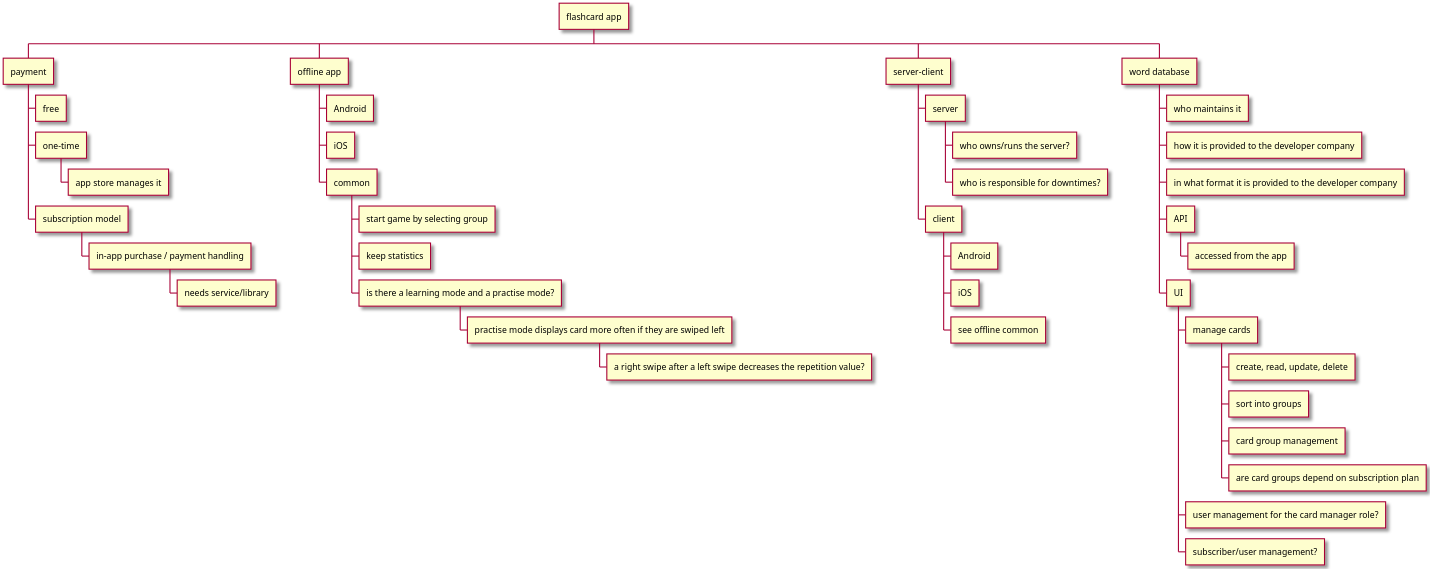
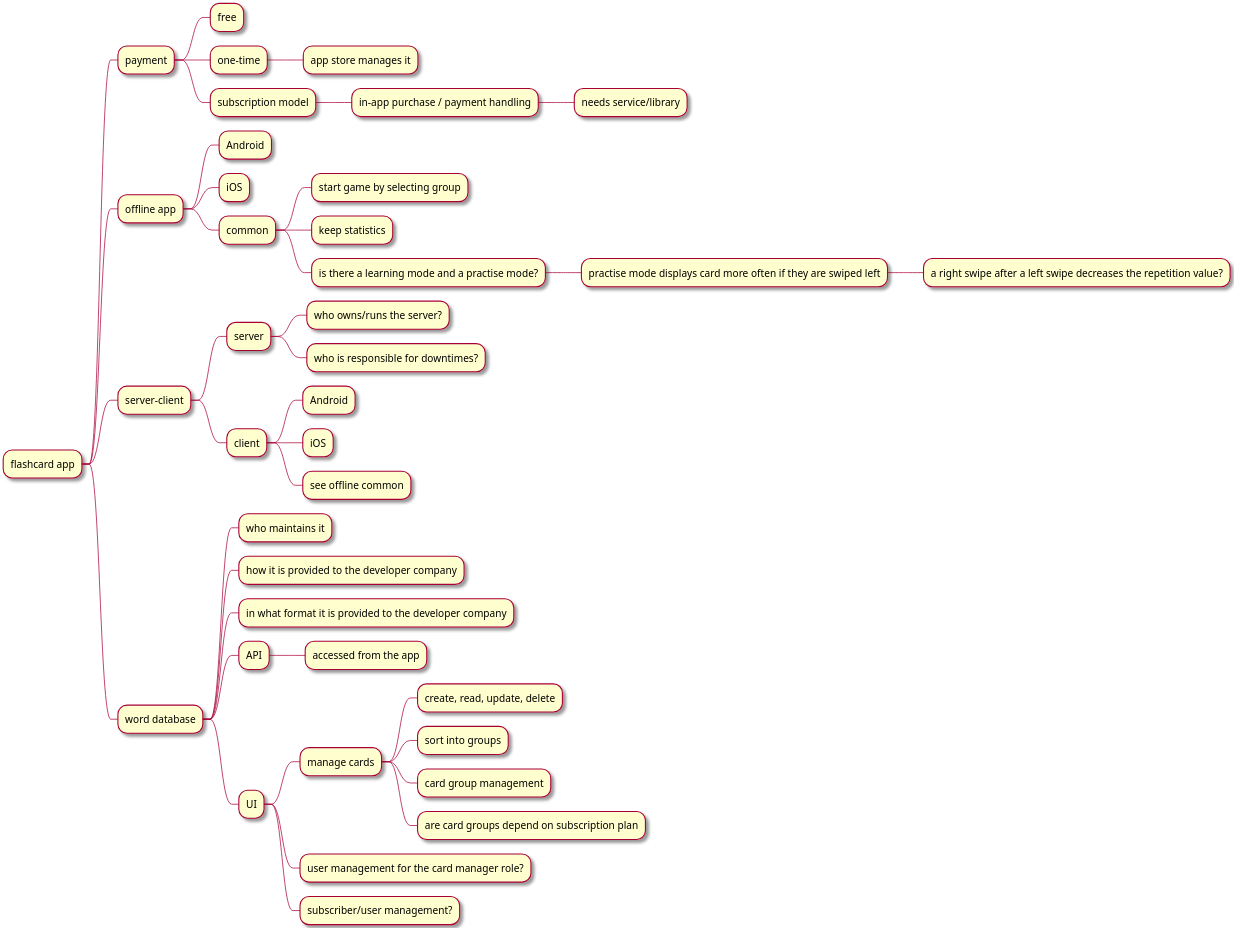
Before and after one commit to pintergreg/software-engineering: the diagram in practicals/ra.puml, drawn with PlantUML.

Commit message:
Use mindmap type

```diff
--- a/practicals/ra.puml
+++ b/practicals/ra.puml
@@ -1,44 +1,44 @@
-@startwbs
+@startmindmap
 scale 2
 skin rose
 
 + flashcard app
 ++ payment
 +++ free
 +++ one-time
 ++++ app store manages it
 +++ subscription model
 ++++ in-app purchase / payment handling
 +++++ needs service/library
 ++ offline app
 +++ Android
 +++ iOS
 +++ common
 ++++ start game by selecting group
 ++++ keep statistics
 ++++ is there a learning mode and a practise mode?
 +++++ practise mode displays card more often if they are swiped left
 ++++++ a right swipe after a left swipe decreases the repetition value?
 ++ server-client
 +++ server
 ++++ who owns/runs the server?
 ++++ who is responsible for downtimes?
 +++ client
 ++++ Android
 ++++ iOS
 ++++ see offline common
 ++ word database
 +++ who maintains it
 +++ how it is provided to the developer company
 +++ in what format it is provided to the developer company
 +++ API
 ++++ accessed from the app
 +++ UI
 ++++ manage cards
 +++++ create, read, update, delete
 +++++ sort into groups
 +++++ card group management
 +++++ are card groups depend on subscription plan
 ++++ user management for the card manager role?
 ++++ subscriber/user management?
-@endwbs
+@endmindmap
```
